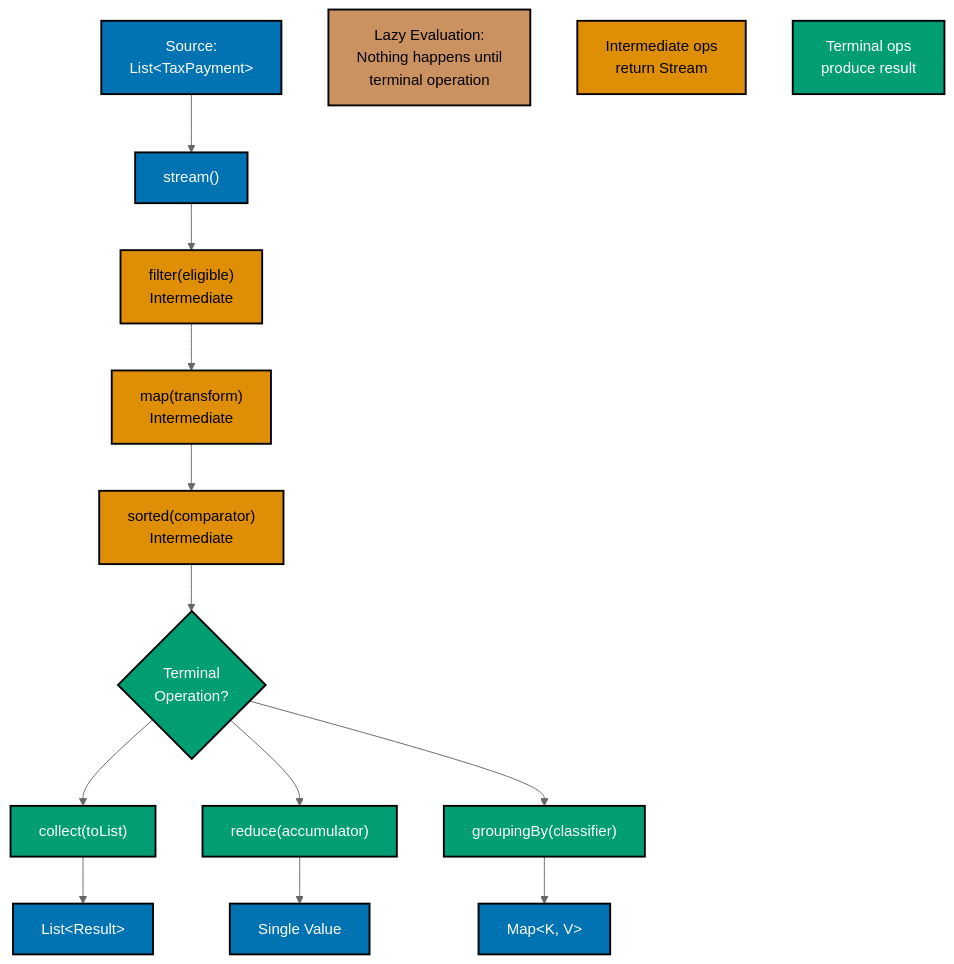
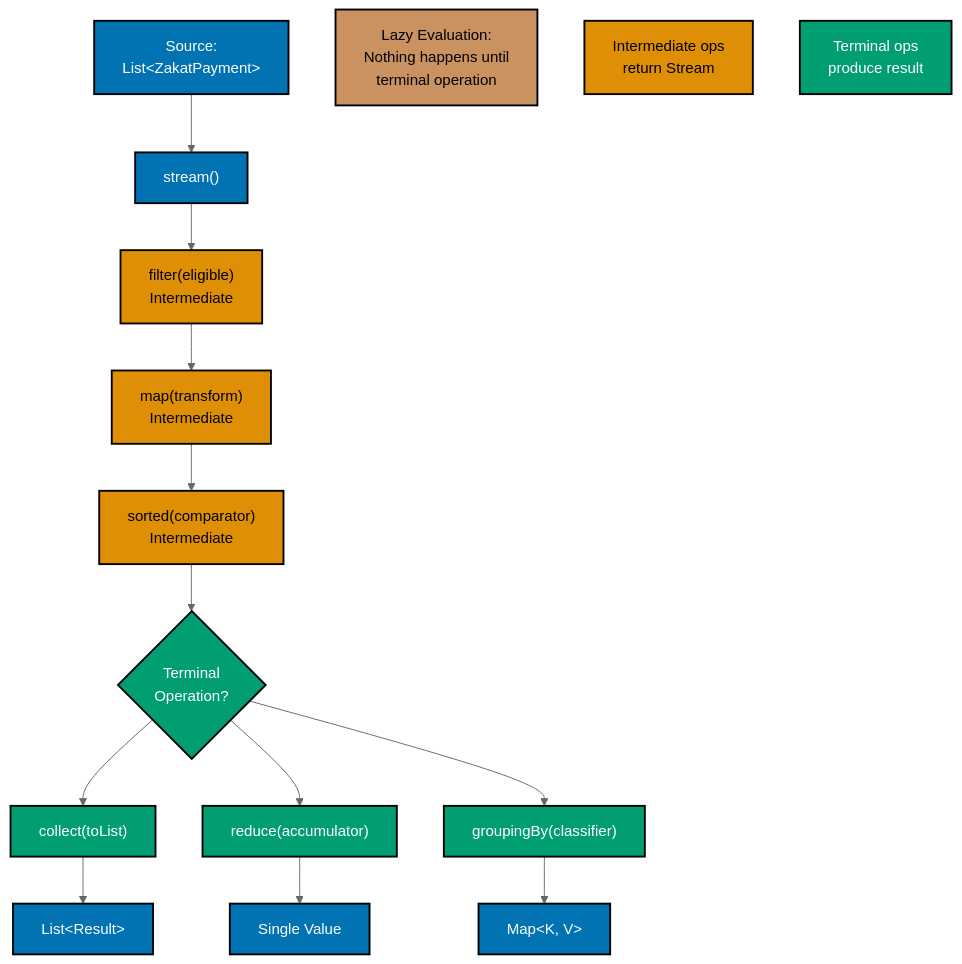
The fourth of 6 diagrams in docs/explanation/software/stack-lang/java/ex-so-stla-ja__idioms.md (wahidyankf/open-sharia-enterprise), drawn with Mermaid (neutral theme) before and after one commit. The commit also changed other lines of this file and 81 other files, not shown here.

````diff
--- a/docs/explanation/software/stack-lang/java/ex-so-stla-ja__idioms.md
+++ b/docs/explanation/software/stack-lang/java/ex-so-stla-ja__idioms.md
@@ -498,30 +502,30 @@
 ```mermaid
 %% Color Palette: Blue #0173B2, Orange #DE8F05, Teal #029E73, Brown #CA9161
 %% All colors are color-blind friendly and meet WCAG AA contrast standards
 
 graph TD
-    Source[Source:<br/>List#60;TaxPayment#62;]:::blue --> Stream[stream#40;#41;]:::blue
+    Source[Source:<br/>List#60;ZakatPayment#62;]:::blue --> Stream[stream#40;#41;]:::blue
 
     Stream --> Filter[filter#40;eligible#41;<br/>Intermediate]:::orange
     Filter --> Map[map#40;transform#41;<br/>Intermediate]:::orange
     Map --> Sorted[sorted#40;comparator#41;<br/>Intermediate]:::orange
 
     Sorted --> Terminal{Terminal<br/>Operation?}:::teal
 
     Terminal --> Collect[collect#40;toList#41;]:::teal
     Terminal --> Reduce[reduce#40;accumulator#41;]:::teal
     Terminal --> GroupBy[groupingBy#40;classifier#41;]:::teal
 
     Collect --> Result1[List#60;Result#62;]:::blue
     Reduce --> Result2[Single Value]:::blue
     GroupBy --> Result3[Map#60;K, V#62;]:::blue
 
     Note1[Lazy Evaluation:<br/>Nothing happens until<br/>terminal operation]:::brown
     Note2[Intermediate ops<br/>return Stream]:::orange
     Note3[Terminal ops<br/>produce result]:::teal
 
     classDef blue fill:#0173B2,stroke:#000000,color:#FFFFFF,stroke-width:2px
     classDef orange fill:#DE8F05,stroke:#000000,color:#000000,stroke-width:2px
     classDef teal fill:#029E73,stroke:#000000,color:#FFFFFF,stroke-width:2px
     classDef brown fill:#CA9161,stroke:#000000,color:#000000,stroke-width:2px
 ```
````
